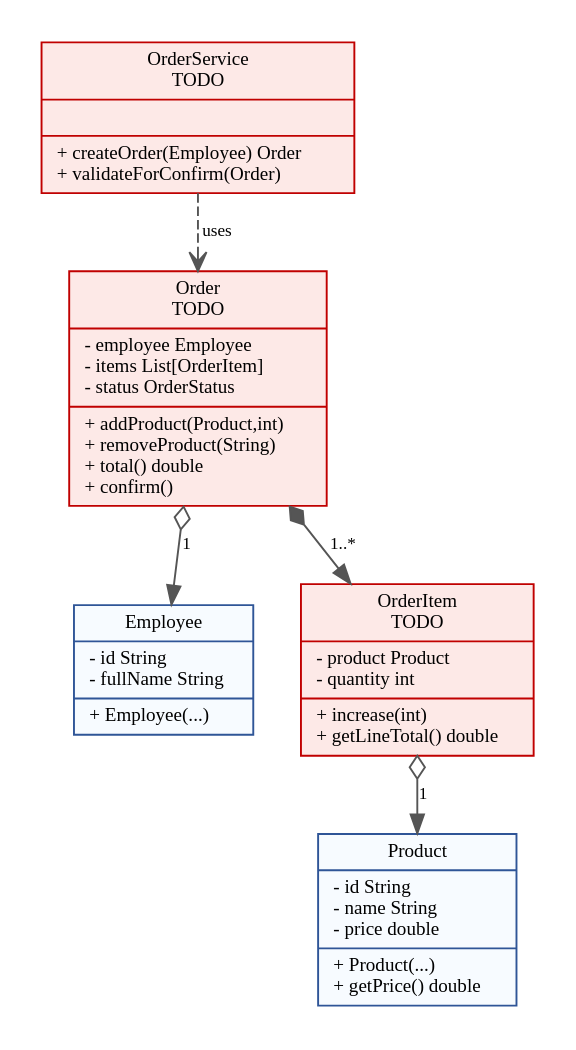
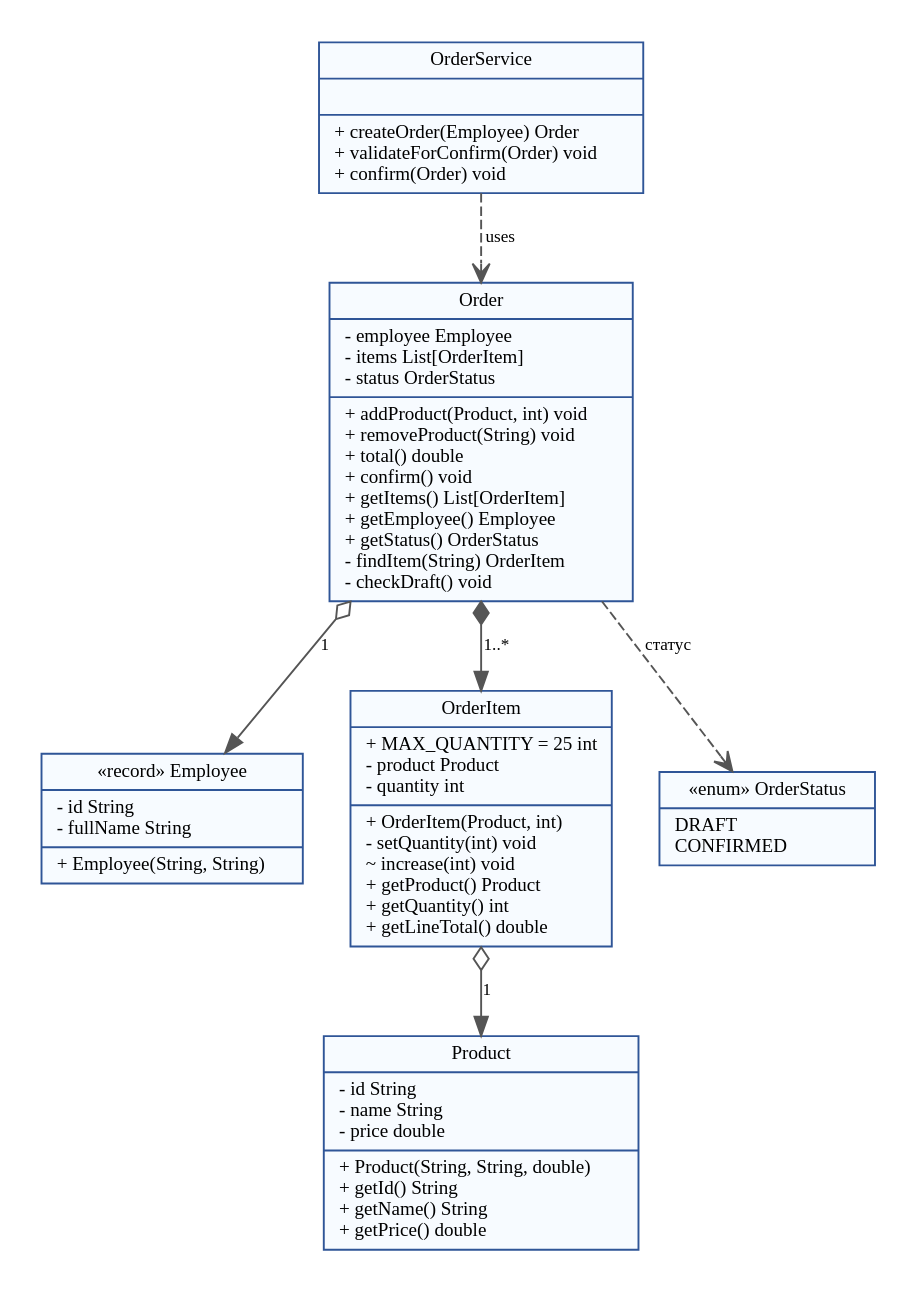
One commit to svpeditor/pr7-klimashevskiy-da changed the diagram in diagrams/class.dot. Above: the diagram before and after it, drawn with Graphviz. The commit also changed 3 other files, not shown here.

Commit message:
Диаграммы activity и классов для итогового решения

```diff
--- a/diagrams/class.dot
+++ b/diagrams/class.dot
@@ -1,14 +1,16 @@
 digraph C {
-graph [rankdir=TB, bgcolor="white", pad=0.2, nodesep=0.35, ranksep=0.4];
+graph [rankdir=TB, bgcolor="white", pad=0.2, nodesep=0.35, ranksep=0.5];
 node [shape=record, style="filled", fontname="Times New Roman", fontsize=10, color="#2F5597", fillcolor="#F7FBFF"];
 edge [fontname="Times New Roman", fontsize=9, color="#555555"];
-p [label="{Product|- id String\l- name String\l- price double\l|+ Product(...)\l+ getPrice() double\l}", fillcolor="#F7FBFF", color="#2F5597"];
-e [label="{Employee|- id String\l- fullName String\l|+ Employee(...)\l}", fillcolor="#F7FBFF", color="#2F5597"];
-oi [label="{OrderItem\nTODO|- product Product\l- quantity int\l|+ increase(int)\l+ getLineTotal() double\l}", fillcolor="#FDE9E7", color="#C00000"];
-o [label="{Order\nTODO|- employee Employee\l- items List[OrderItem]\l- status OrderStatus\l|+ addProduct(Product,int)\l+ removeProduct(String)\l+ total() double\l+ confirm()\l}", fillcolor="#FDE9E7", color="#C00000"];
-s [label="{OrderService\nTODO||+ createOrder(Employee) Order\l+ validateForConfirm(Order)\l}", fillcolor="#FDE9E7", color="#C00000"];
+p [label="{Product|- id String\l- name String\l- price double\l|+ Product(String, String, double)\l+ getId() String\l+ getName() String\l+ getPrice() double\l}"];
+e [label="{«record» Employee|- id String\l- fullName String\l|+ Employee(String, String)\l}"];
+oi [label="{OrderItem|+ MAX_QUANTITY = 25 int\l- product Product\l- quantity int\l|+ OrderItem(Product, int)\l- setQuantity(int) void\l~ increase(int) void\l+ getProduct() Product\l+ getQuantity() int\l+ getLineTotal() double\l}"];
+o [label="{Order|- employee Employee\l- items List[OrderItem]\l- status OrderStatus\l|+ addProduct(Product, int) void\l+ removeProduct(String) void\l+ total() double\l+ confirm() void\l+ getItems() List[OrderItem]\l+ getEmployee() Employee\l+ getStatus() OrderStatus\l- findItem(String) OrderItem\l- checkDraft() void\l}"];
+st [label="{«enum» OrderStatus|DRAFT\lCONFIRMED\l}"];
+s [label="{OrderService||+ createOrder(Employee) Order\l+ validateForConfirm(Order) void\l+ confirm(Order) void\l}"];
 o -> e [label="1",arrowtail=odiamond,dir=both];
 o -> oi [label="1..*",arrowtail=diamond,dir=both];
 oi -> p [label="1",arrowtail=odiamond,dir=both];
+o -> st [label="статус",style=dashed,arrowhead=open];
 s -> o [label="uses",style=dashed,arrowhead=open];
 }
```
